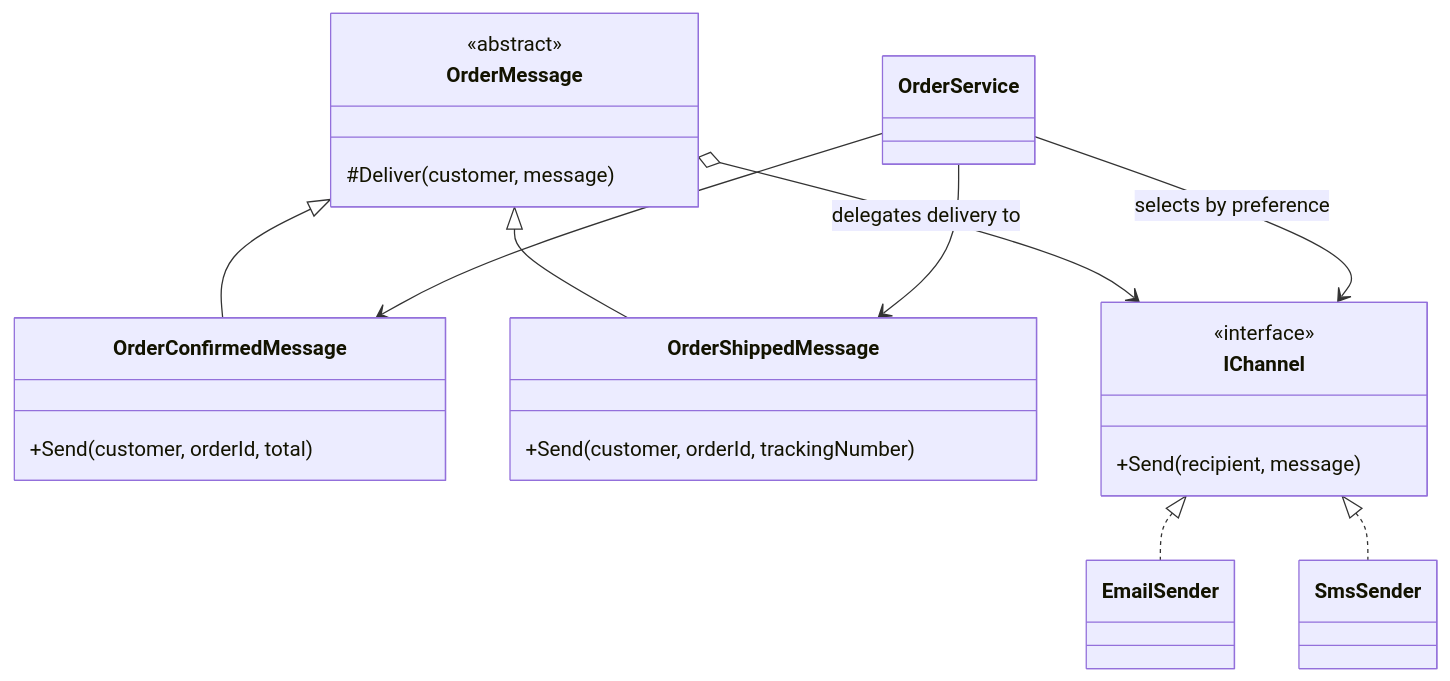
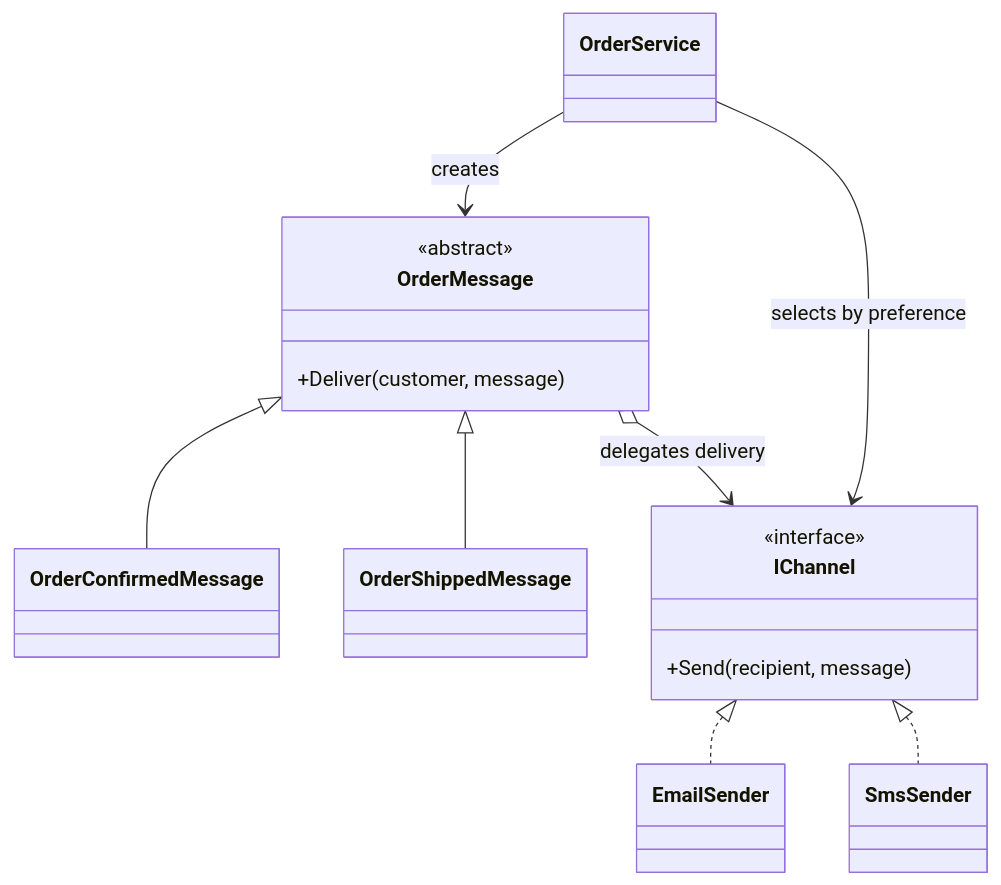
Before and after one commit to vaughnellis/gang-of-four-in-action: the first of 2 diagrams in patterns/structural/bridge/README.md, drawn with Mermaid. The commit also changed other lines of this file and 34 other files, not shown here.

````diff
--- a/patterns/structural/bridge/README.md
+++ b/patterns/structural/bridge/README.md
@@ -15,29 +58,18 @@
 ```mermaid
 classDiagram
     class OrderMessage {
         <<abstract>>
-        #Deliver(customer, message)
-    }
-    class OrderConfirmedMessage {
-        +Send(customer, orderId, total)
-    }
-    class OrderShippedMessage {
-        +Send(customer, orderId, trackingNumber)
+        +Deliver(customer, message)
     }
     class IChannel {
         <<interface>>
         +Send(recipient, message)
     }
-    class EmailSender
-    class SmsSender
-    class OrderService
-
     OrderMessage <|-- OrderConfirmedMessage
     OrderMessage <|-- OrderShippedMessage
-    OrderMessage o--> IChannel : delegates delivery to
+    OrderMessage o--> IChannel : delegates delivery
     IChannel <|.. EmailSender
     IChannel <|.. SmsSender
-    OrderService --> OrderConfirmedMessage
-    OrderService --> OrderShippedMessage
+    OrderService --> OrderMessage : creates
     OrderService --> IChannel : selects by preference
 ```
````
